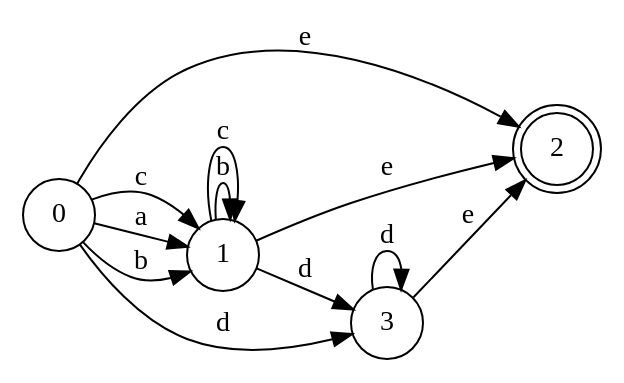
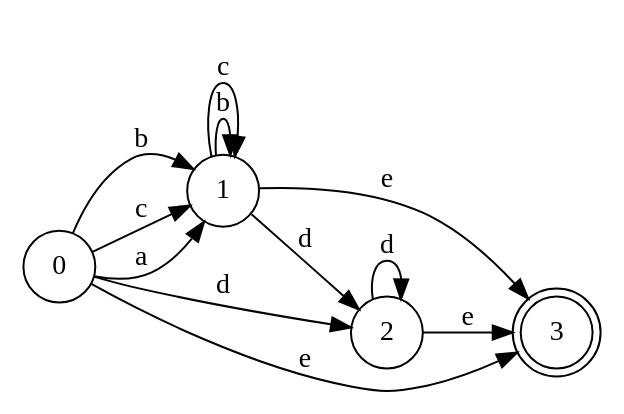
The diagram in out/DFA_regex3.DOT (Jose-Merida-UVG/Compilers-1-CC3071), drawn with Graphviz before and after one commit. The commit also changed 62 other files, not shown here.

```diff
--- a/out/DFA_regex3.DOT
+++ b/out/DFA_regex3.DOT
@@ -1,19 +1,19 @@
 digraph "graph" {
 	rankdir=LR size = "8,5"
 	node[shape=circle]
 	15 [label=0]
-	18 [label=1]
-	17 [label=2][shape=doublecircle]
-	18 -> 17 [label="e"]
-	18 -> 18 [label="b"]
-	18 -> 18 [label="c"]
-	16 [label=3]
-	16 -> 17 [label="e"]
-	16 -> 16 [label="d"]
-	18 -> 16 [label="d"]
-	15 -> 18 [label="a"]
-	15 -> 18 [label="b"]
-	15 -> 18 [label="c"]
-	15 -> 16 [label="d"]
-	15 -> 17 [label="e"]
+	16 [label=1]
+	16 -> 16 [label="b"]
+	16 -> 16 [label="c"]
+	17 [label=2]
+	17 -> 17 [label="d"]
+	18 [label=3][shape=doublecircle]
+	17 -> 18 [label="e"]
+	16 -> 17 [label="d"]
+	16 -> 18 [label="e"]
+	15 -> 16 [label="b"]
+	15 -> 16 [label="c"]
+	15 -> 17 [label="d"]
+	15 -> 18 [label="e"]
+	15 -> 16 [label="a"]
 }
```
